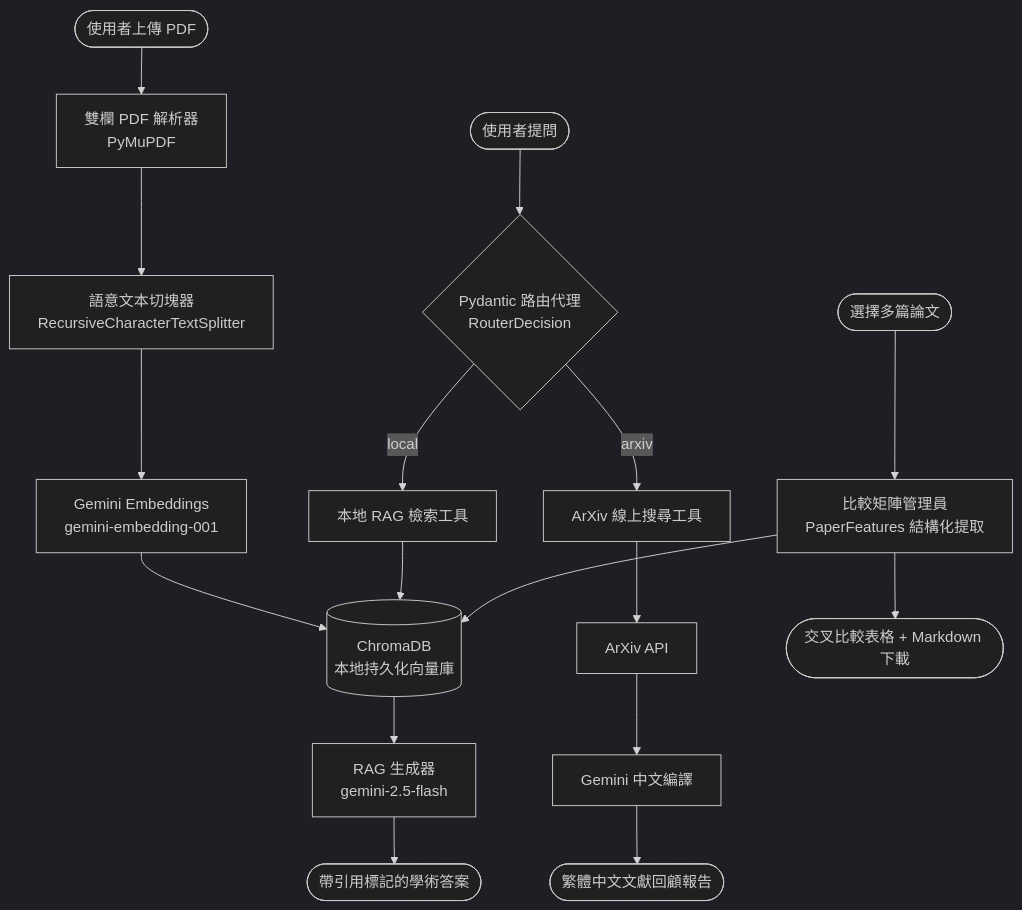
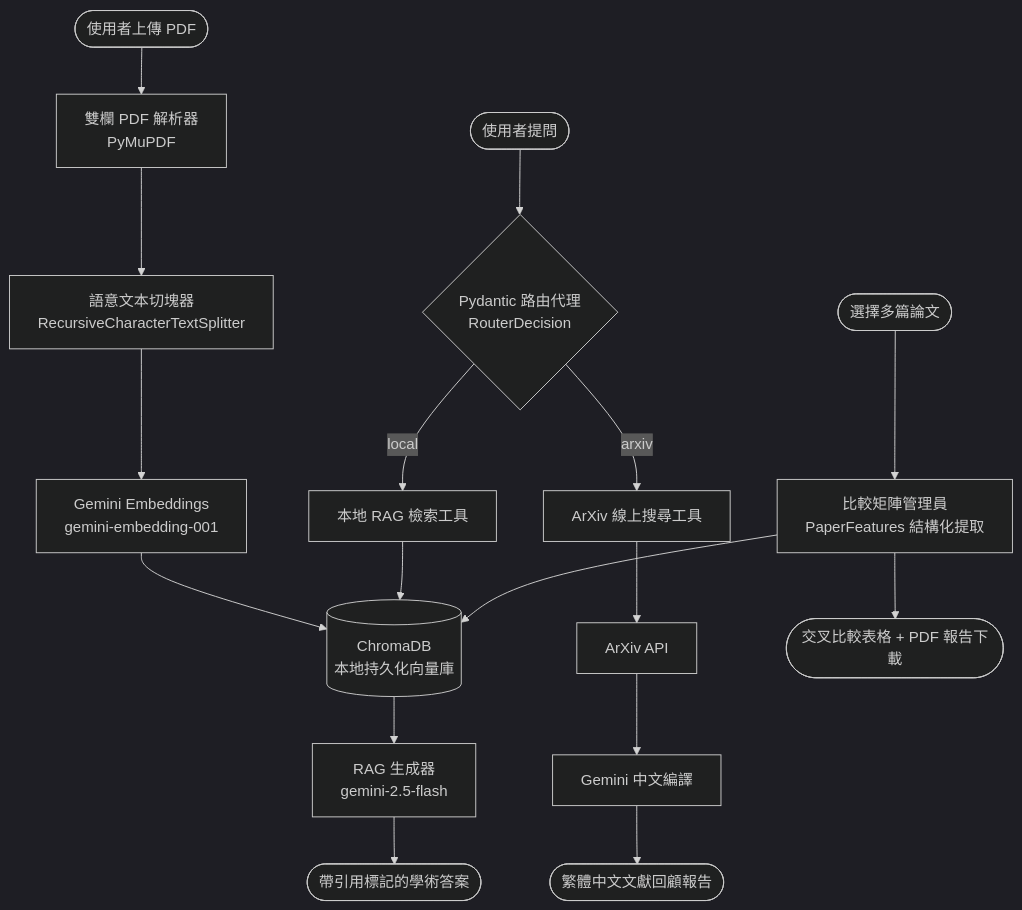
One commit to Cosmos-bipinnatus/nlp_final_project changed the diagram in README.md. Above: the diagram before and after it, drawn with Mermaid (dark theme). The commit also changed other lines of this file, not shown here.

````diff
--- a/README.md
+++ b/README.md
@@ -231,23 +222,23 @@
 ```mermaid
 graph TD
     User([使用者上傳 PDF]) --> Parser[雙欄 PDF 解析器<br>PyMuPDF]
     Parser --> Splitter[語意文本切塊器<br>RecursiveCharacterTextSplitter]
     Splitter --> Embeddings[Gemini Embeddings<br>gemini-embedding-001]
     Embeddings --> ChromaDB[(ChromaDB<br>本地持久化向量庫)]
 
     User2([使用者提問]) --> RouterAgent{Pydantic 路由代理<br>RouterDecision}
     RouterAgent -->|local| LocalTool[本地 RAG 檢索工具]
     RouterAgent -->|arxiv| ArXivTool[ArXiv 線上搜尋工具]
     
     LocalTool --> ChromaDB
     ChromaDB --> RAGGenerator[RAG 生成器<br>gemini-2.5-flash]
     RAGGenerator --> Answer([帶引用標記的學術答案])
     
     ArXivTool --> ArXivAPI[ArXiv API]
     ArXivAPI --> GeminiTranslate[Gemini 中文編譯]
     GeminiTranslate --> Review([繁體中文文獻回顧報告])
     
     User3([選擇多篇論文]) --> CompManager[比較矩陣管理員<br>PaperFeatures 結構化提取]
     CompManager --> ChromaDB
-    CompManager --> CompTable([交叉比較表格 + Markdown 下載])
+    CompManager --> CompTable([交叉比較表格 + PDF 報告下載])
 ```
````
